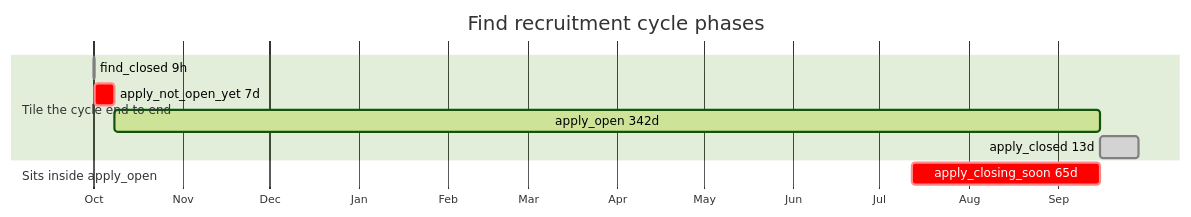
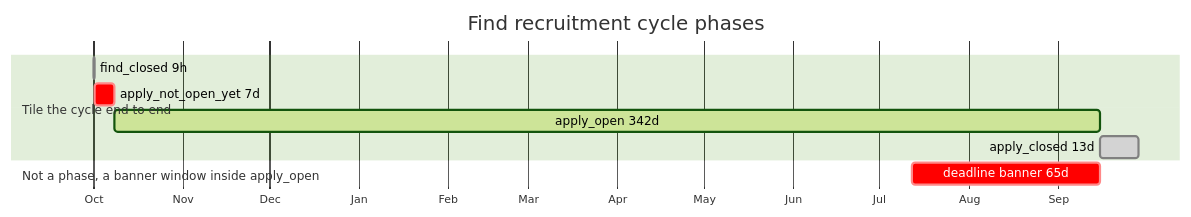
Before and after one commit to uk-gov-mirror/DFE-Digital.publish-teacher-training: the first of 2 diagrams in guides/phases.md, drawn with Mermaid (forest theme). The commit also changed other lines of this file and 11 other files, not shown here.

````diff
--- a/guides/phases.md
+++ b/guides/phases.md
@@ -159,16 +159,16 @@
 ```mermaid
 gantt
     title Find recruitment cycle phases
     dateFormat YYYY-MM-DD HH:mm
     axisFormat %b
     todayMarker off
 
     section Tile the cycle end to end
     find_closed 9h              :done, t1, 2000-09-30 23:59, 2000-10-01 09:00
     apply_not_open_yet 7d       :crit, t2, 2000-10-01 09:00, 2000-10-08 09:00
     apply_open 342d             :active, t3, 2000-10-08 09:00, 2001-09-15 18:00
     apply_closed 13d            :done, t4, 2001-09-15 18:00, 2001-09-28 23:59
 
-    section Sits inside apply_open
-    apply_closing_soon 65d      :crit, i1, 2001-07-12 09:00, 2001-09-15 18:00
+    section Not a phase, a banner window inside apply_open
+    deadline banner 65d         :crit, i1, 2001-07-12 09:00, 2001-09-15 18:00
 ```
````
